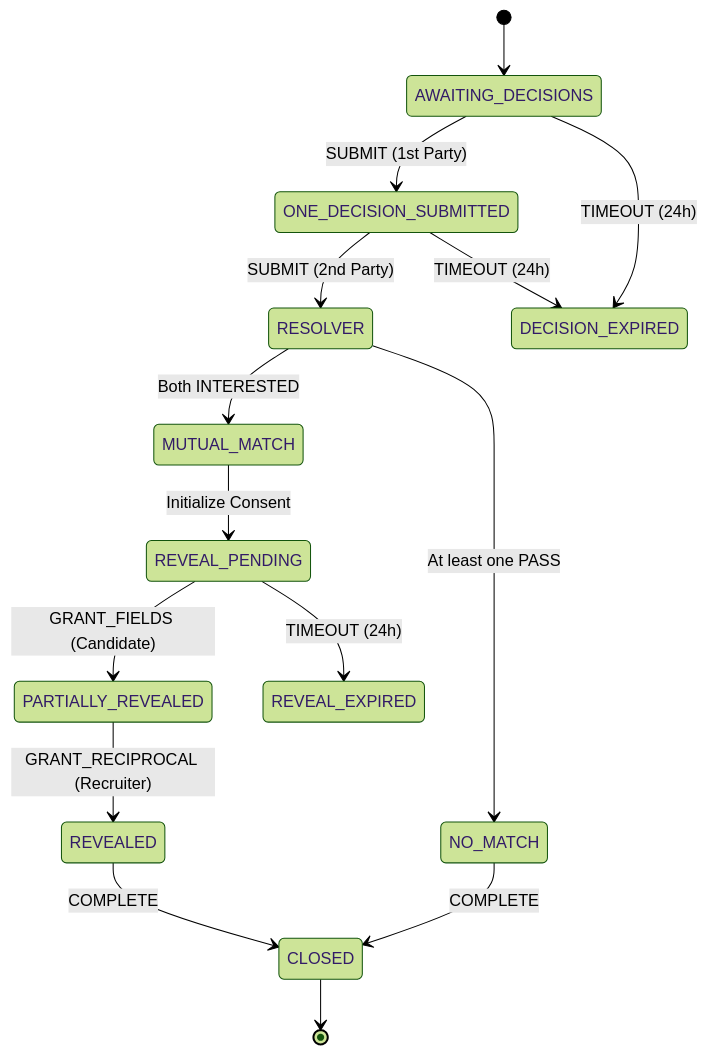
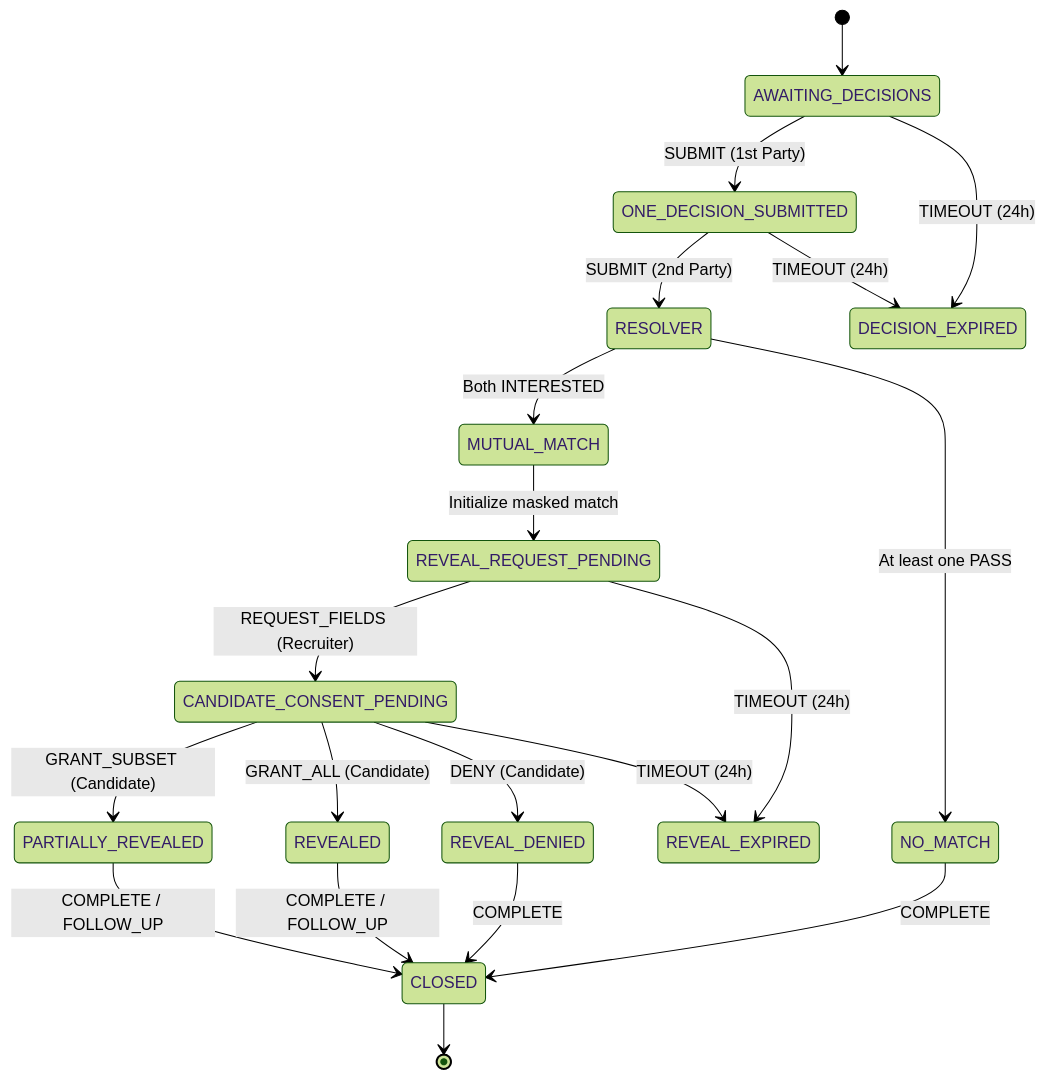
One commit to ctrlaltnate/MM-HKT-REV2 changed the fourth of 5 diagrams in docs/04-architecture/state-machines.md. Above: the diagram before and after it, drawn with Mermaid (forest theme). The commit also changed other lines of this file and 25 other files, not shown here.

````diff
--- a/docs/04-architecture/state-machines.md
+++ b/docs/04-architecture/state-machines.md
@@ -110,18 +110,23 @@
 ```mermaid
 stateDiagram-v2
     [*] --> AWAITING_DECISIONS
     AWAITING_DECISIONS --> ONE_DECISION_SUBMITTED: SUBMIT (1st Party)
     ONE_DECISION_SUBMITTED --> RESOLVER: SUBMIT (2nd Party)
     state RESOLVER <<choice>>
     RESOLVER --> MUTUAL_MATCH: Both INTERESTED
     RESOLVER --> NO_MATCH: At least one PASS
     AWAITING_DECISIONS --> DECISION_EXPIRED: TIMEOUT (24h)
     ONE_DECISION_SUBMITTED --> DECISION_EXPIRED: TIMEOUT (24h)
-    MUTUAL_MATCH --> REVEAL_PENDING: Initialize Consent
-    REVEAL_PENDING --> PARTIALLY_REVEALED: GRANT_FIELDS (Candidate)
-    PARTIALLY_REVEALED --> REVEALED: GRANT_RECIPROCAL (Recruiter)
-    REVEAL_PENDING --> REVEAL_EXPIRED: TIMEOUT (24h)
-    REVEALED --> CLOSED: COMPLETE
+    MUTUAL_MATCH --> REVEAL_REQUEST_PENDING: Initialize masked match
+    REVEAL_REQUEST_PENDING --> CANDIDATE_CONSENT_PENDING: REQUEST_FIELDS (Recruiter)
+    CANDIDATE_CONSENT_PENDING --> PARTIALLY_REVEALED: GRANT_SUBSET (Candidate)
+    CANDIDATE_CONSENT_PENDING --> REVEALED: GRANT_ALL (Candidate)
+    CANDIDATE_CONSENT_PENDING --> REVEAL_DENIED: DENY (Candidate)
+    REVEAL_REQUEST_PENDING --> REVEAL_EXPIRED: TIMEOUT (24h)
+    CANDIDATE_CONSENT_PENDING --> REVEAL_EXPIRED: TIMEOUT (24h)
+    PARTIALLY_REVEALED --> CLOSED: COMPLETE / FOLLOW_UP
+    REVEALED --> CLOSED: COMPLETE / FOLLOW_UP
+    REVEAL_DENIED --> CLOSED: COMPLETE
     NO_MATCH --> CLOSED: COMPLETE
     CLOSED --> [*]
 ```
````
